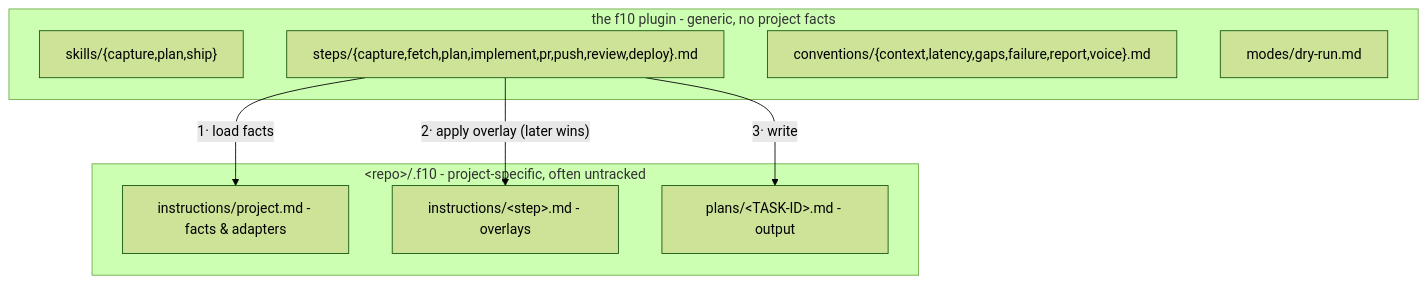
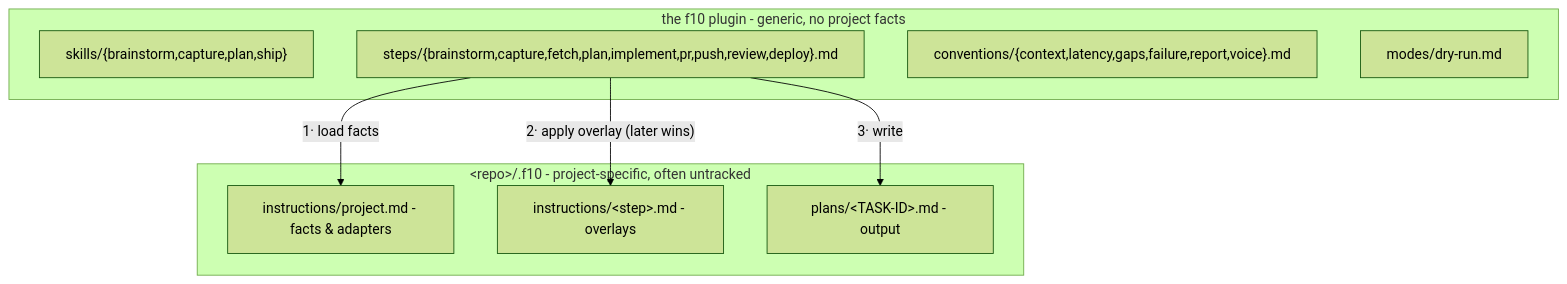
One commit to amberpixels/f10 changed the second of 2 diagrams in README.md. Above: the diagram before and after it, drawn with Mermaid (forest theme). The commit also changed other lines of this file and 5 other files, not shown here.

````diff
--- a/README.md
+++ b/README.md
@@ -135,17 +146,17 @@
 ```mermaid
 flowchart TB
     subgraph plugin ["the f10 plugin - generic, no project facts"]
-        skills2["skills/{capture,plan,ship}"]
-        gsteps["steps/{capture,fetch,plan,implement,pr,push,review,deploy}.md"]
+        skills2["skills/{brainstorm,capture,plan,ship}"]
+        gsteps["steps/{brainstorm,capture,fetch,plan,implement,pr,push,review,deploy}.md"]
         conv["conventions/{context,latency,gaps,failure,report,voice}.md"]
         modes2["modes/dry-run.md"]
     end
     subgraph repo ["&lt;repo&gt;/.f10 - project-specific, often untracked"]
         proj["instructions/project.md - facts & adapters"]
         over["instructions/&lt;step&gt;.md - overlays"]
         plans2["plans/&lt;TASK-ID&gt;.md - output"]
     end
     gsteps -- "1· load facts" --> proj
     gsteps -- "2· apply overlay (later wins)" --> over
     gsteps -- "3· write" --> plans2
 ```
````
